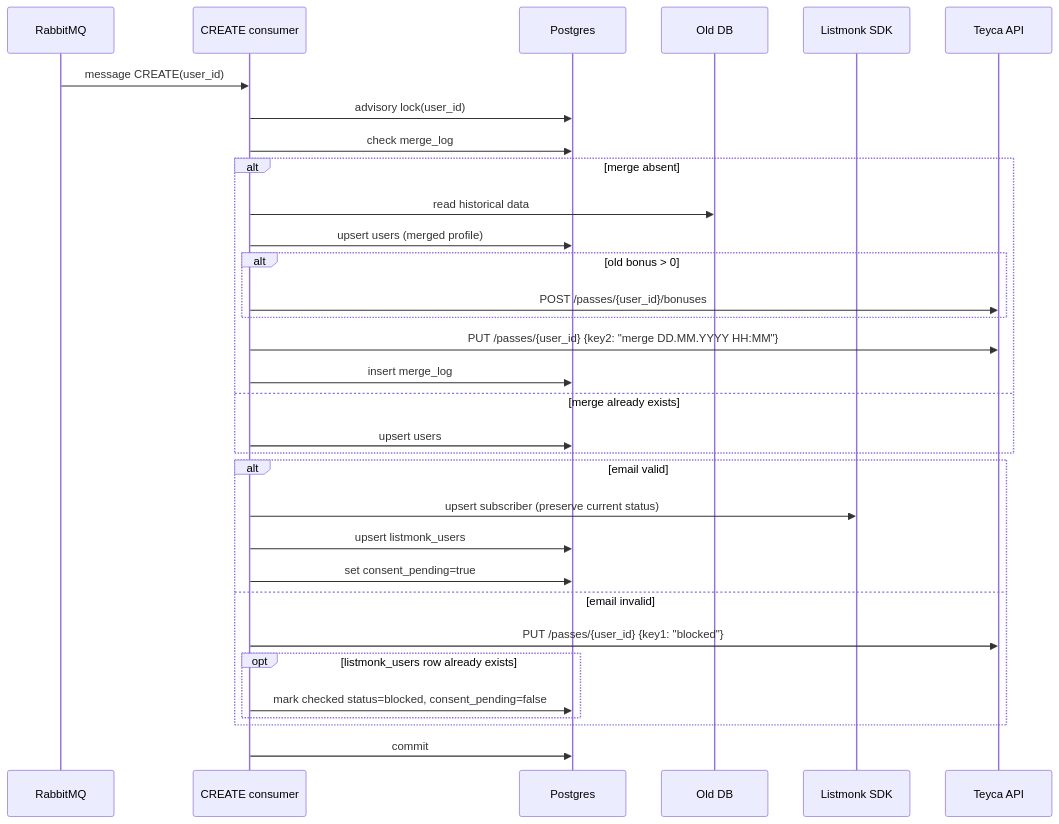
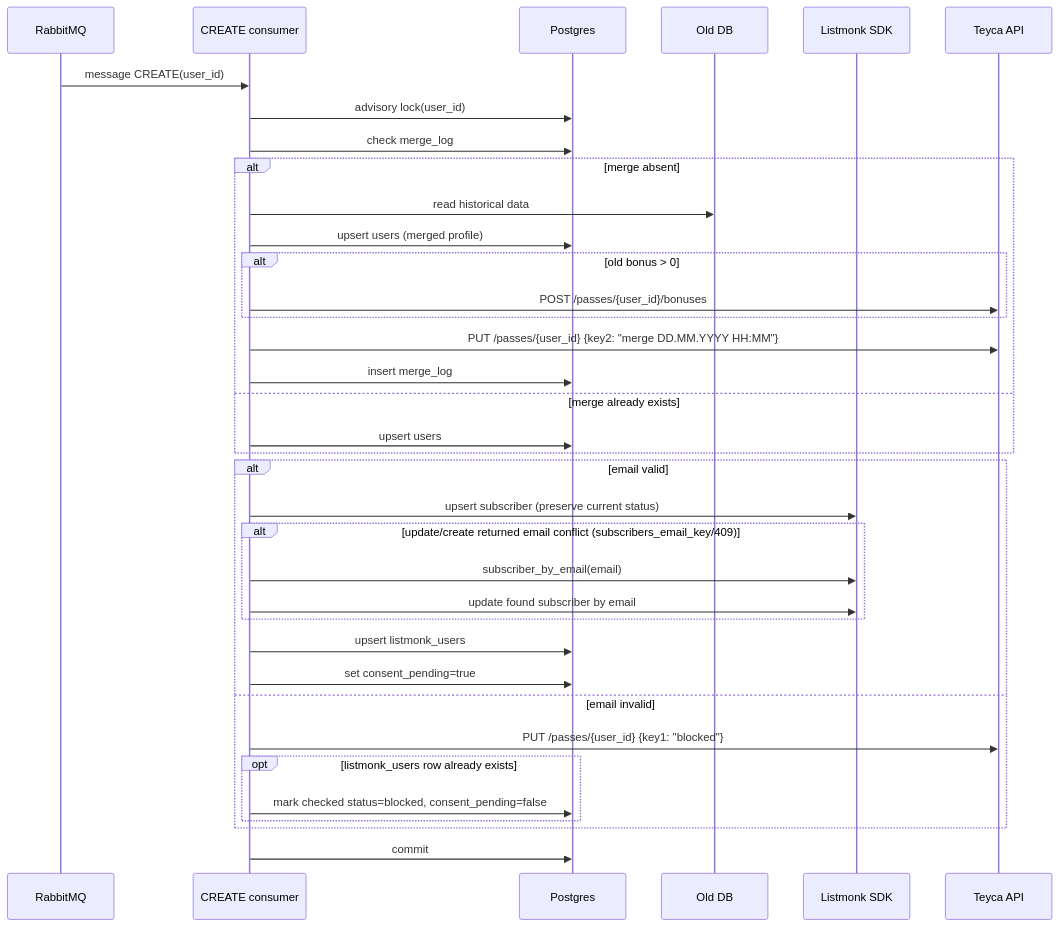
Before and after one commit to Nikita-Silent/teyca-sync: the second of 6 diagrams in docs/current-runtime-flow.md, drawn with Mermaid. The commit also changed other lines of this file and 4 other files, not shown here.

````diff
--- a/docs/current-runtime-flow.md
+++ b/docs/current-runtime-flow.md
@@ -44,35 +44,39 @@
 ```mermaid
 sequenceDiagram
     participant RMQ as RabbitMQ
     participant C as CREATE consumer
     participant DB as Postgres
     participant ODB as Old DB
     participant LM as Listmonk SDK
     participant TY as Teyca API
 
     RMQ->>C: message CREATE(user_id)
     C->>DB: advisory lock(user_id)
     C->>DB: check merge_log
     alt merge absent
         C->>ODB: read historical data
         C->>DB: upsert users (merged profile)
         alt old bonus > 0
             C->>TY: POST /passes/{user_id}/bonuses
         end
         C->>TY: PUT /passes/{user_id} {key2: "merge DD.MM.YYYY HH:MM"}
         C->>DB: insert merge_log
     else merge already exists
         C->>DB: upsert users
     end
     alt email valid
         C->>LM: upsert subscriber (preserve current status)
+        alt update/create returned email conflict (subscribers_email_key/409)
+            C->>LM: subscriber_by_email(email)
+            C->>LM: update found subscriber by email
+        end
         C->>DB: upsert listmonk_users
         C->>DB: set consent_pending=true
     else email invalid
         C->>TY: PUT /passes/{user_id} {key1: "blocked"}
         opt listmonk_users row already exists
             C->>DB: mark checked status=blocked, consent_pending=false
         end
     end
     C->>DB: commit
 ```
````
